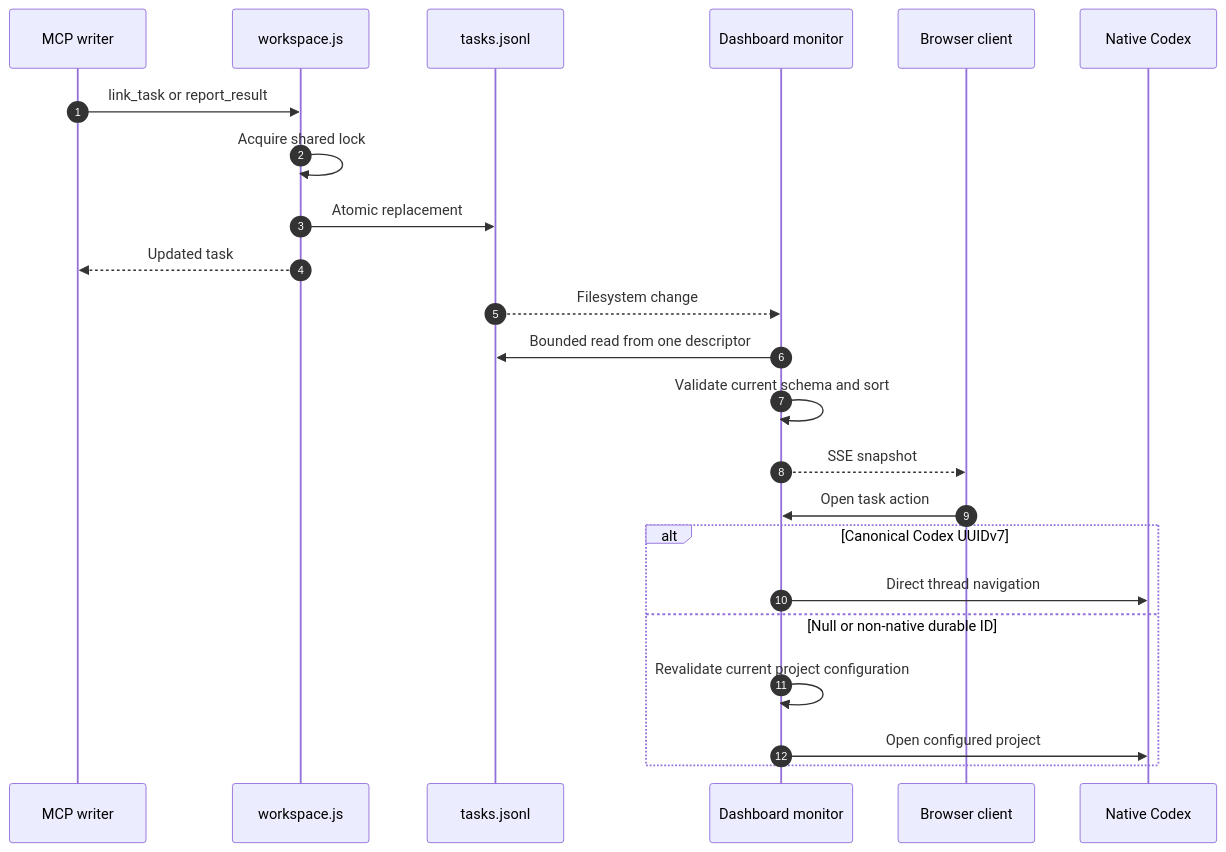
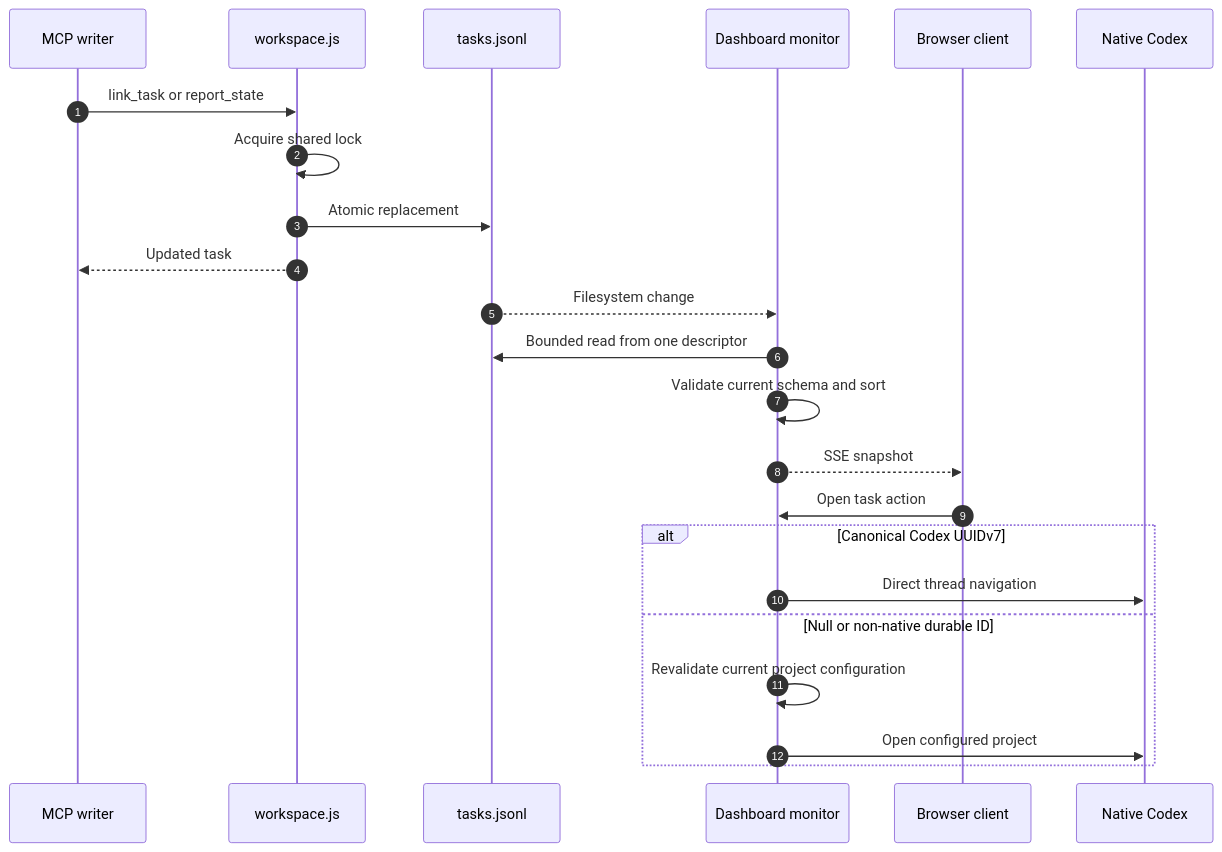
One commit to favoyang/taskchef changed the sixth of 6 diagrams in docs/workflows.md. Above: the diagram before and after it, drawn with Mermaid. The commit also changed other lines of this file and 15 other files, not shown here.

````diff
--- a/docs/workflows.md
+++ b/docs/workflows.md
@@ -192,25 +204,25 @@
 ```mermaid
 sequenceDiagram
   autonumber
   participant M as MCP writer
   participant W as workspace.js
   participant F as tasks.jsonl
   participant D as Dashboard monitor
   participant B as Browser client
   participant C as Native Codex
-  M->>W: link_task or report_result
+  M->>W: link_task or report_state
   W->>W: Acquire shared lock
   W->>F: Atomic replacement
   W-->>M: Updated task
   F-->>D: Filesystem change
   D->>F: Bounded read from one descriptor
   D->>D: Validate current schema and sort
   D-->>B: SSE snapshot
   B->>D: Open task action
   alt Canonical Codex UUIDv7
     D->>C: Direct thread navigation
   else Null or non-native durable ID
     D->>D: Revalidate current project configuration
     D->>C: Open configured project
   end
 ```
````
